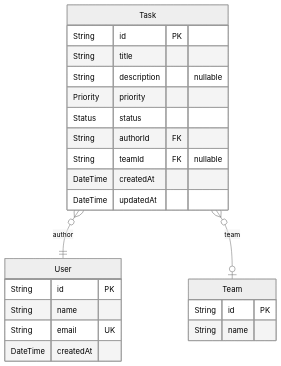
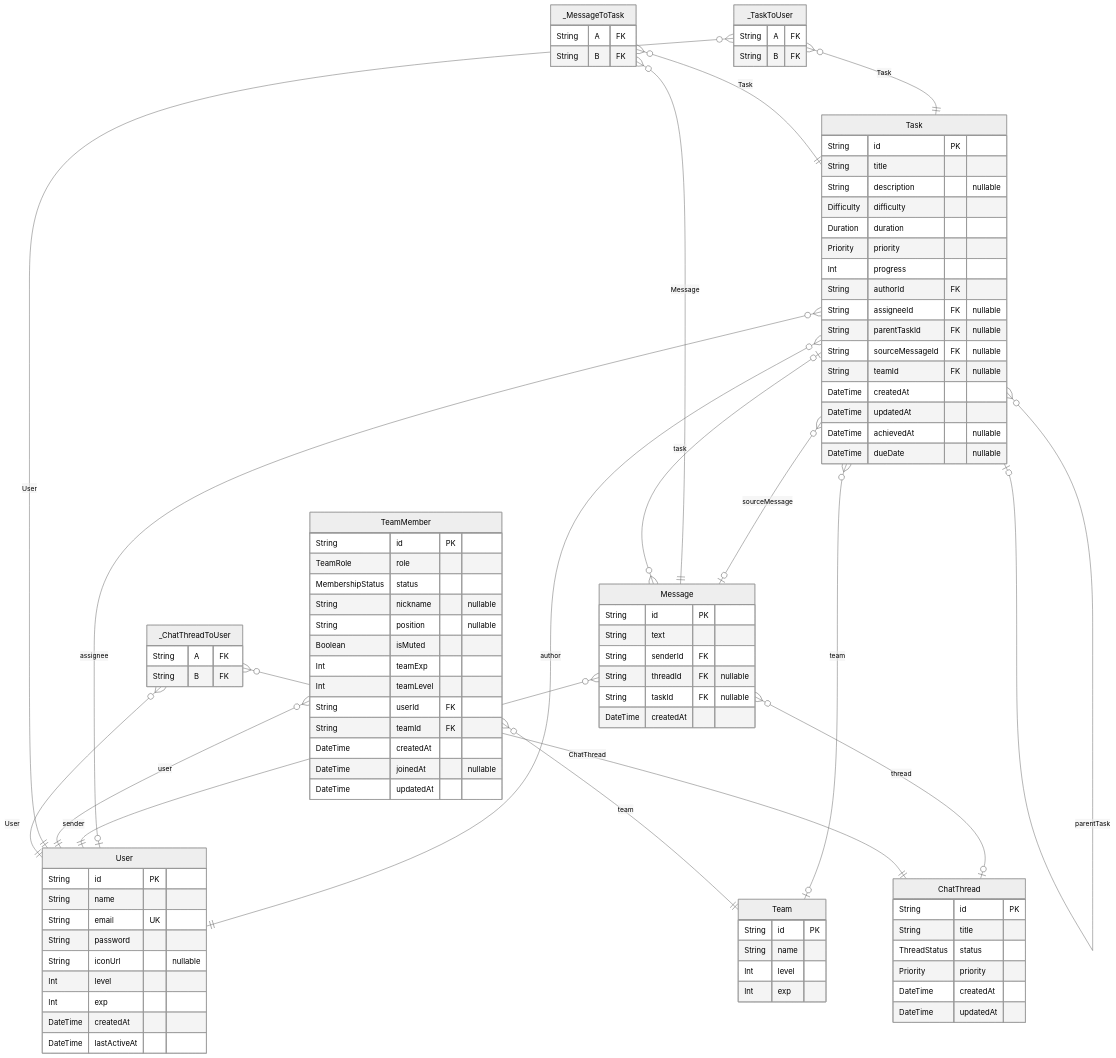
Before and after one commit to superhorin/TaskEnce: the diagram in docs/ERD.md, drawn with Mermaid (neutral theme). The commit also changed other lines of this file and 15 other files, not shown here.

````diff
--- a/docs/ERD.md
+++ b/docs/ERD.md
@@ -12,23 +12,94 @@
   String id PK
   String name
   String email UK
+  String password
+  String iconUrl "nullable"
+  Int level
+  Int exp
   DateTime createdAt
+  DateTime lastActiveAt
 }
 "Team" {
   String id PK
   String name
+  Int level
+  Int exp
 }
 "Task" {
   String id PK
   String title
   String description "nullable"
+  Difficulty difficulty
+  Duration duration
   Priority priority
-  Status status
+  Int progress
   String authorId FK
+  String assigneeId FK "nullable"
+  String parentTaskId FK "nullable"
+  String sourceMessageId FK "nullable"
   String teamId FK "nullable"
   DateTime createdAt
   DateTime updatedAt
+  DateTime achievedAt "nullable"
+  DateTime dueDate "nullable"
+}
+"ChatThread" {
+  String id PK
+  String title
+  ThreadStatus status
+  Priority priority
+  DateTime createdAt
+  DateTime updatedAt
+}
+"Message" {
+  String id PK
+  String text
+  String senderId FK
+  String threadId FK "nullable"
+  String taskId FK "nullable"
+  DateTime createdAt
+}
+"TeamMember" {
+  String id PK
+  TeamRole role
+  MembershipStatus status
+  String nickname "nullable"
+  String position "nullable"
+  Boolean isMuted
+  Int teamExp
+  Int teamLevel
+  String userId FK
+  String teamId FK
+  DateTime createdAt
+  DateTime joinedAt "nullable"
+  DateTime updatedAt
+}
+"_TaskToUser" {
+  String A FK
+  String B FK
+}
+"_ChatThreadToUser" {
+  String A FK
+  String B FK
+}
+"_MessageToTask" {
+  String A FK
+  String B FK
 }
 "Task" }o--|| "User" : author
+"Task" }o--o| "User" : assignee
+"Task" }o--o| "Task" : parentTask
+"Task" }o--o| "Message" : sourceMessage
 "Task" }o--o| "Team" : team
+"Message" }o--|| "User" : sender
+"Message" }o--o| "ChatThread" : thread
+"Message" }o--o| "Task" : task
+"TeamMember" }o--|| "User" : user
+"TeamMember" }o--|| "Team" : team
+"_TaskToUser" }o--|| "Task" : Task
+"_TaskToUser" }o--|| "User" : User
+"_ChatThreadToUser" }o--|| "ChatThread" : ChatThread
+"_ChatThreadToUser" }o--|| "User" : User
+"_MessageToTask" }o--|| "Message" : Message
+"_MessageToTask" }o--|| "Task" : Task
 ```
````
